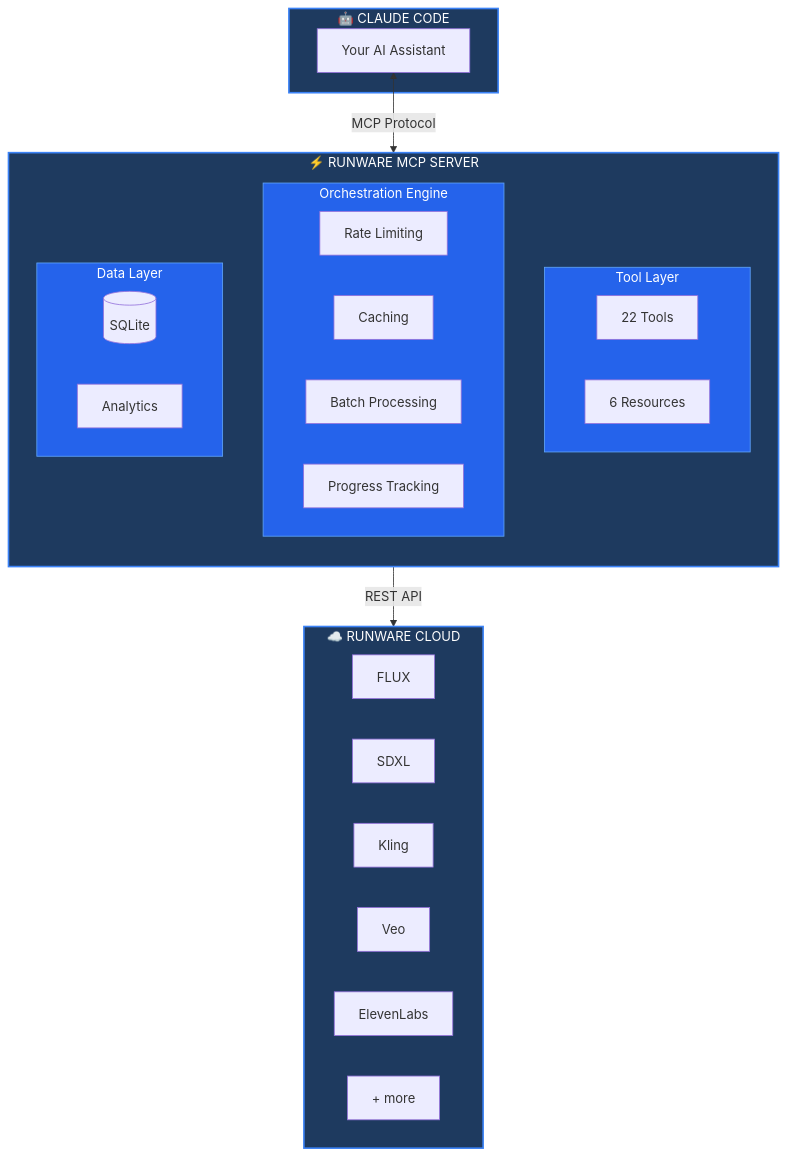
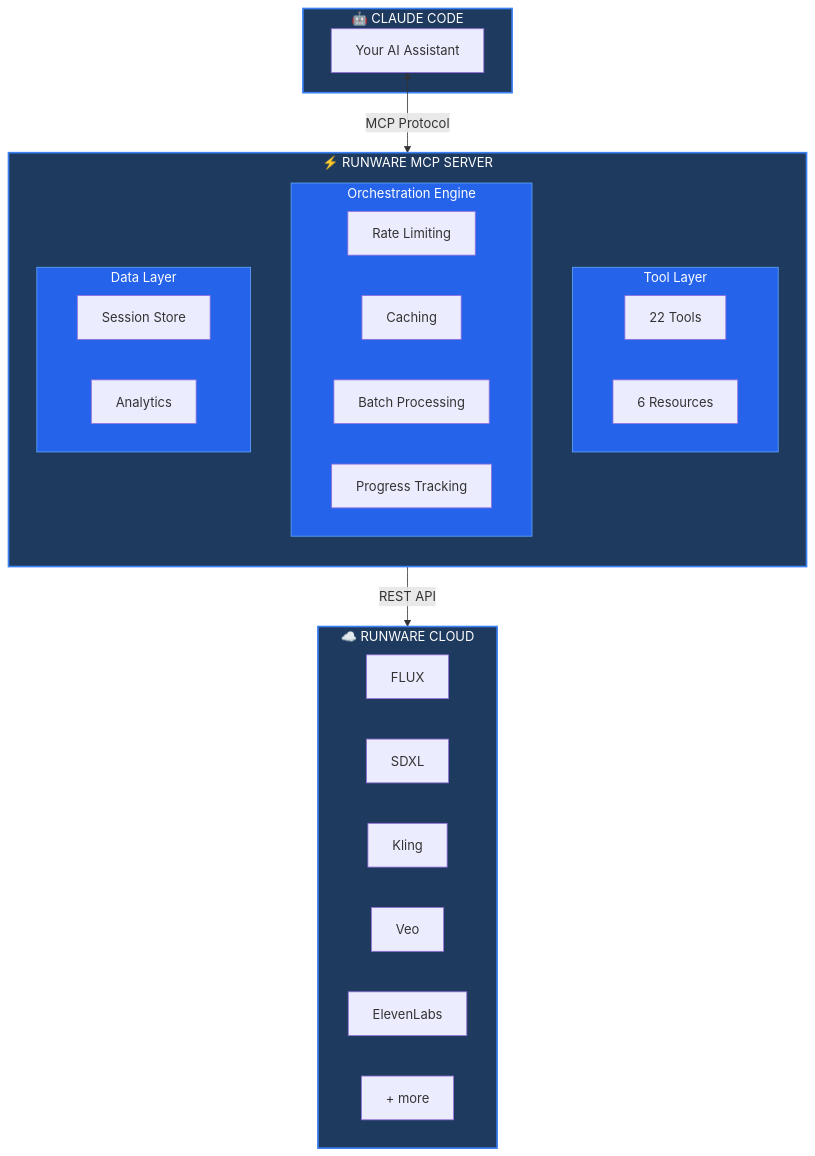
The first of 3 diagrams in README.md (ul0gic/runware-mcp), drawn with Mermaid before and after one commit. The commit also changed other lines of this file and 85 other files, not shown here.

````diff
--- a/README.md
+++ b/README.md
@@ -23,47 +23,47 @@
 ```mermaid
 flowchart TB
     subgraph Claude["🤖 CLAUDE CODE"]
         CC["Your AI Assistant"]
     end
 
     subgraph Server["⚡ RUNWARE MCP SERVER"]
         direction TB
 
         subgraph Capabilities["Tool Layer"]
             Tools["22 Tools"]
             Resources["6 Resources"]
         end
 
         subgraph Orchestration["Orchestration Engine"]
             RL["Rate Limiting"]
             Cache["Caching"]
             Batch["Batch Processing"]
             Progress["Progress Tracking"]
         end
 
         subgraph Storage["Data Layer"]
-            DB[("SQLite")]
+            Session["Session Store"]
             Analytics["Analytics"]
         end
     end
 
     subgraph Cloud["☁️ RUNWARE CLOUD"]
         direction LR
         FLUX["FLUX"]
         SDXL["SDXL"]
         Kling["Kling"]
         Veo["Veo"]
         EL["ElevenLabs"]
         More["+ more"]
     end
 
     CC <-->|"MCP Protocol"| Server
     Server -->|"REST API"| Cloud
 
     style Claude fill:#1e3a5f,stroke:#3b82f6,stroke-width:2px,color:#fff
     style Server fill:#1e3a5f,stroke:#3b82f6,stroke-width:2px,color:#fff
     style Cloud fill:#1e3a5f,stroke:#3b82f6,stroke-width:2px,color:#fff
     style Capabilities fill:#2563eb,stroke:#60a5fa,color:#fff
     style Orchestration fill:#2563eb,stroke:#60a5fa,color:#fff
     style Storage fill:#2563eb,stroke:#60a5fa,color:#fff
 ```
````
